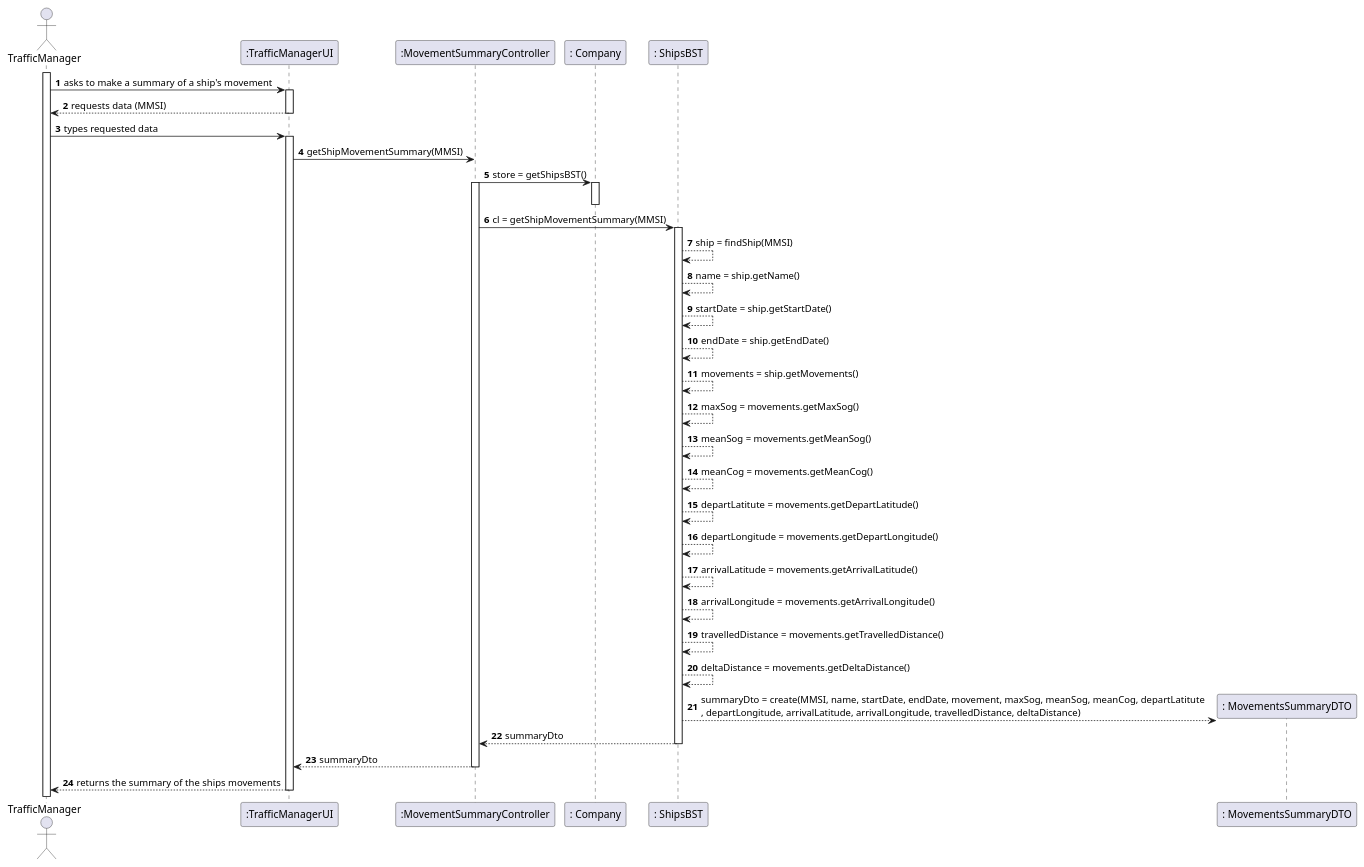
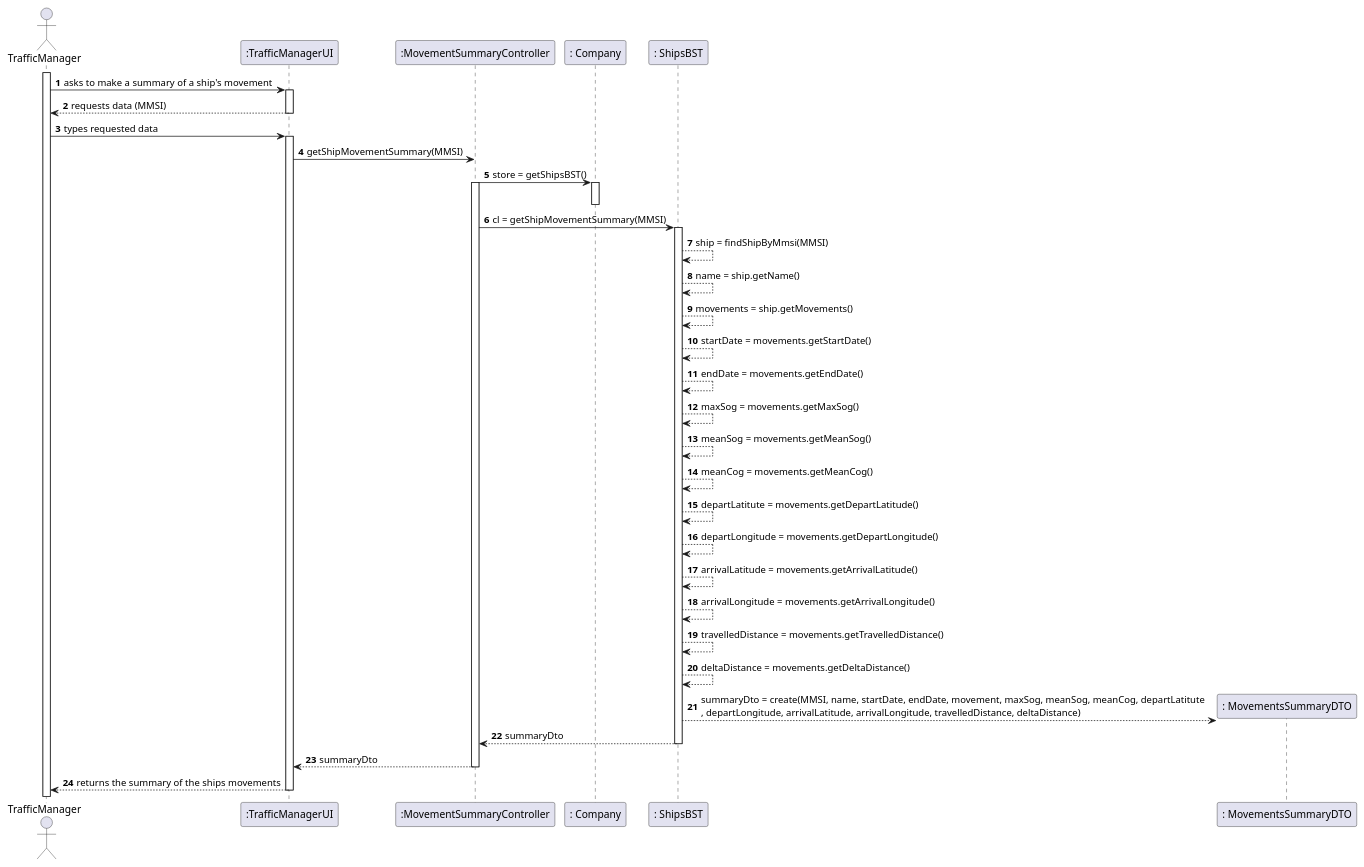
Before and after one commit to ana-albergaria/LAPR3-ISEP: the diagram in docs/US104/SD_104.puml, drawn with PlantUML. The commit also changed 3 other files, not shown here.

Commit message:
G54-17 #time 30m #comment adding class diagram methods and tests in documentation

```diff
--- a/docs/US104/SD_104.puml
+++ b/docs/US104/SD_104.puml
@@ -1,58 +1,58 @@
 @startuml
 autonumber
 'hide footbox
 actor "TrafficManager" as RC
 
 participant ":TrafficManagerUI" as UI
 participant ":MovementSummaryController" as CTRL
 participant ": Company" as CP
 participant ": ShipsBST" as CS
 participant ": MovementsSummaryDTO" as CL
 
 
 activate RC
 RC -> UI : asks to make a summary of a ship's movement
 activate UI
 UI --> RC : requests data (MMSI)
 deactivate UI
 
 RC -> UI : types requested data
 activate UI
 
 UI -> CTRL : getShipMovementSummary(MMSI)
 
 CTRL -> CP : store = getShipsBST()
 activate CP
 deactivate CP
 activate CTRL
 CTRL -> CS : cl = getShipMovementSummary(MMSI)
 activate CS
-CS --> CS : ship = findShip(MMSI)
+CS --> CS : ship = findShipByMmsi(MMSI)
 CS --> CS : name = ship.getName()
-CS --> CS : startDate = ship.getStartDate()
-CS --> CS : endDate = ship.getEndDate()
 CS --> CS : movements = ship.getMovements()
+CS --> CS : startDate = movements.getStartDate()
+CS --> CS : endDate = movements.getEndDate()
 CS --> CS : maxSog = movements.getMaxSog()
 CS --> CS : meanSog = movements.getMeanSog()
 CS --> CS : meanCog = movements.getMeanCog()
 CS --> CS : departLatitute = movements.getDepartLatitude()
 CS --> CS : departLongitude = movements.getDepartLongitude()
 CS --> CS : arrivalLatitude = movements.getArrivalLatitude()
 CS --> CS : arrivalLongitude = movements.getArrivalLongitude()
 CS --> CS : travelledDistance = movements.getTravelledDistance()
 CS --> CS : deltaDistance = movements.getDeltaDistance()
 
 
 CS -->  CL** : summaryDto = create(MMSI, name, startDate, endDate, movement, maxSog, meanSog, meanCog, departLatitute\n, departLongitude, arrivalLatitude, arrivalLongitude, travelledDistance, deltaDistance)
 deactivate CL
 CS --> CTRL : summaryDto
 deactivate CS
 CTRL --> UI : summaryDto
 deactivate CTRL
 
 UI --> RC : returns the summary of the ships movements
 deactivate CS
 deactivate UI
 
 
 @enduml
```
